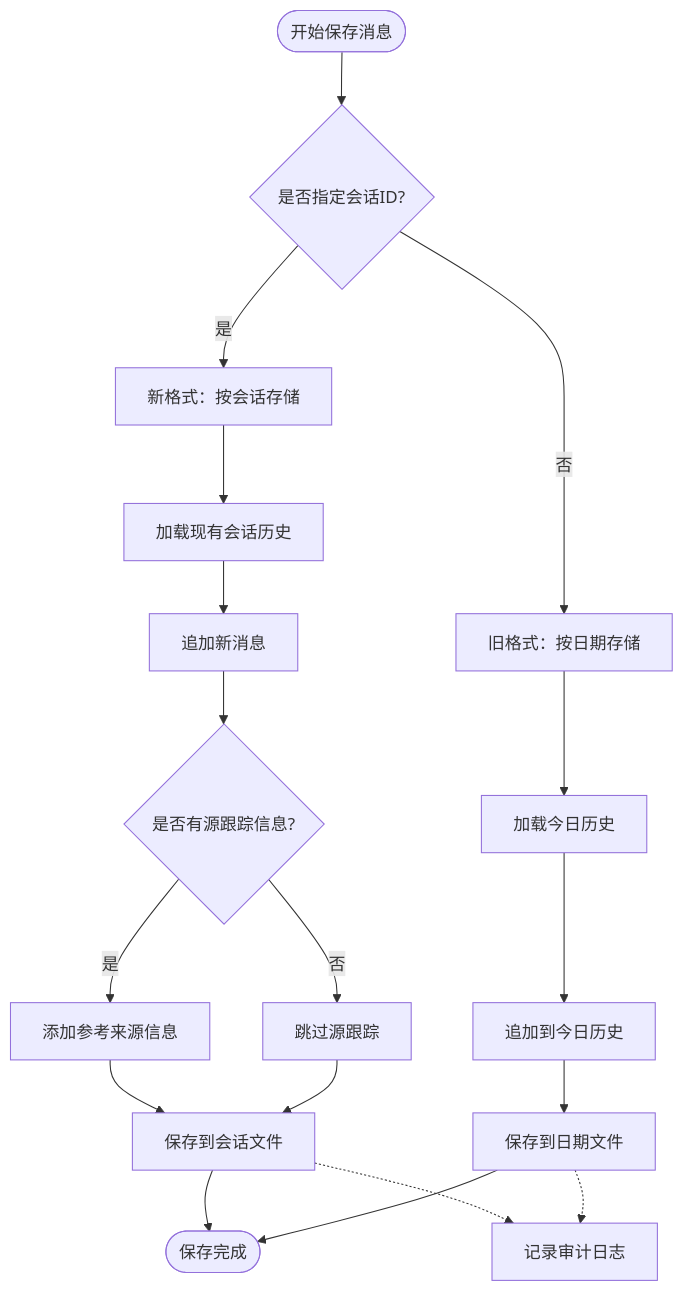
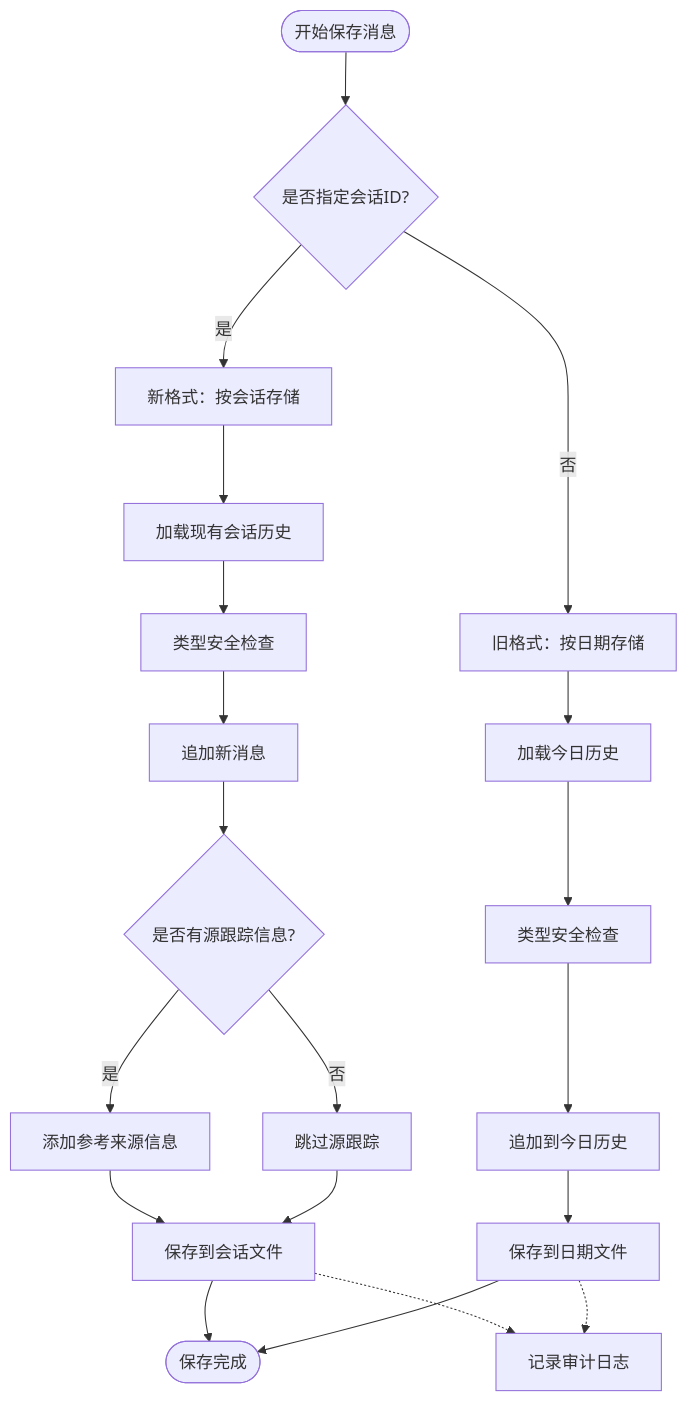
The fifth of 10 diagrams in .qoder/repowiki/zh/content/业务服务层/会话历史管理.md (joyafa/knowledge), drawn with Mermaid before and after one commit. The commit also changed other lines of this file and 5 other files, not shown here.

````diff
--- a/.qoder/repowiki/zh/content/业务服务层/会话历史管理.md
+++ b/.qoder/repowiki/zh/content/业务服务层/会话历史管理.md
@@ -241,20 +254,22 @@
 ```mermaid
 flowchart TD
 Start([开始保存消息]) --> CheckSession{"是否指定会话ID?"}
 CheckSession --> |是| NewFormat["新格式：按会话存储"]
 CheckSession --> |否| OldFormat["旧格式：按日期存储"]
 NewFormat --> LoadHistory["加载现有会话历史"]
-LoadHistory --> AppendMsg["追加新消息"]
+LoadHistory --> TypeCheck1["类型安全检查"]
+TypeCheck1 --> AppendMsg["追加新消息"]
 AppendMsg --> CheckSources{"是否有源跟踪信息?"}
 CheckSources --> |是| AddSources["添加参考来源信息"]
 CheckSources --> |否| SkipSources["跳过源跟踪"]
 AddSources --> SaveNew["保存到会话文件"]
 SkipSources --> SaveNew
 OldFormat --> LoadOld["加载今日历史"]
-LoadOld --> AppendOld["追加到今日历史"]
+LoadOld --> TypeCheck2["类型安全检查"]
+TypeCheck2 --> AppendOld["追加到今日历史"]
 AppendOld --> SaveOld["保存到日期文件"]
 SaveNew --> End([保存完成])
 SaveOld --> End
 SaveNew -.-> AuditLog["记录审计日志"]
 SaveOld -.-> AuditLog
 ```
````
